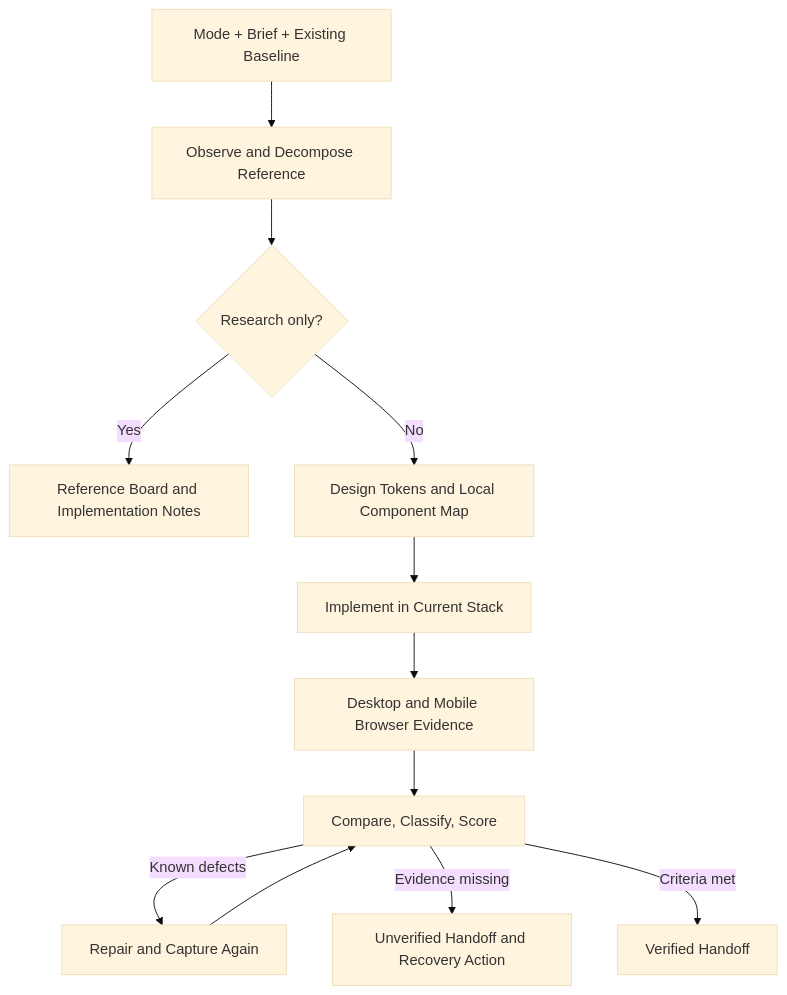
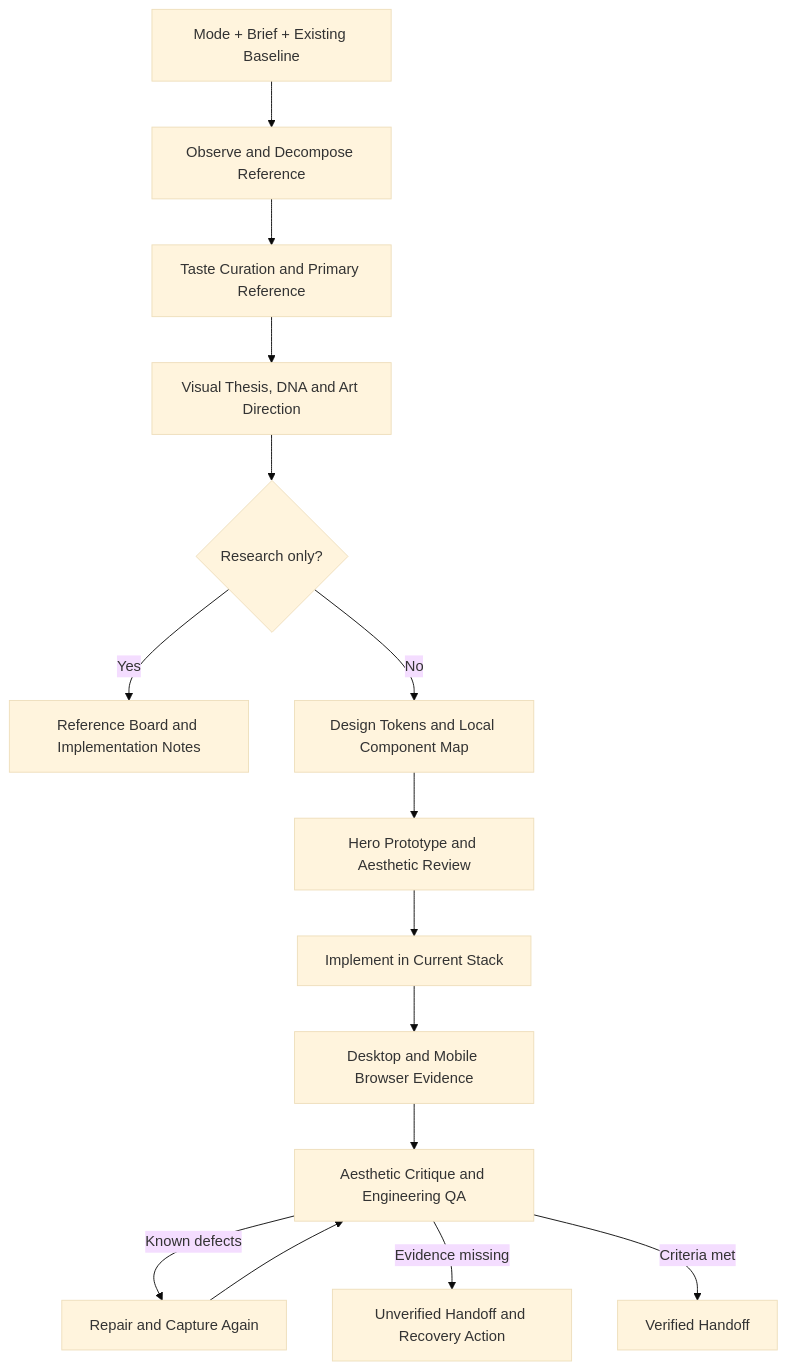
The diagram in README.md (Joho6666/ui-reference-to-code), drawn with Mermaid (base theme) before and after one commit. The commit also changed other lines of this file and 13 other files, not shown here.

````diff
--- a/README.md
+++ b/README.md
@@ -77,14 +83,17 @@
 ```mermaid
 flowchart TD
     A[Mode + Brief + Existing Baseline] --> B[Observe and Decompose Reference]
-    B --> C{Research only?}
+    B --> L[Taste Curation and Primary Reference]
+    L --> M[Visual Thesis, DNA and Art Direction]
+    M --> C{Research only?}
     C -->|Yes| D[Reference Board and Implementation Notes]
     C -->|No| E[Design Tokens and Local Component Map]
-    E --> F[Implement in Current Stack]
+    E --> N[Hero Prototype and Aesthetic Review]
+    N --> F[Implement in Current Stack]
     F --> G[Desktop and Mobile Browser Evidence]
-    G --> H[Compare, Classify, Score]
+    G --> H[Aesthetic Critique and Engineering QA]
     H -->|Known defects| I[Repair and Capture Again]
     I --> H
     H -->|Evidence missing| J[Unverified Handoff and Recovery Action]
     H -->|Criteria met| K[Verified Handoff]
 ```
````
